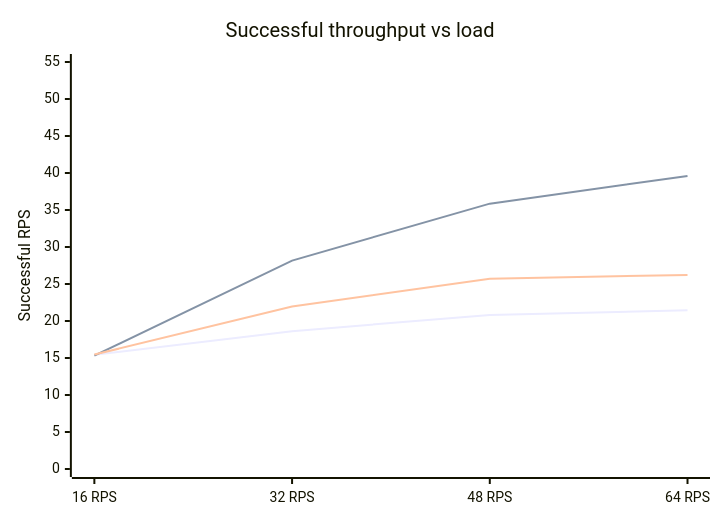
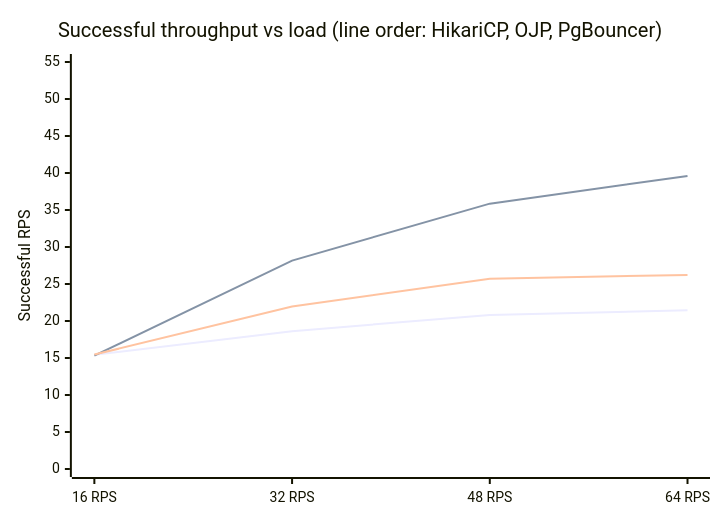
The second of 7 diagrams in article.md (rrobetti/stressum), drawn with Mermaid before and after one commit. The commit also changed other lines of this file, not shown here.

````diff
--- a/article.md
+++ b/article.md
@@ -43,9 +67,9 @@
 ```mermaid
 xychart-beta
-    title "Successful throughput vs load"
+    title "Successful throughput vs load (line order: HikariCP, OJP, PgBouncer)"
     x-axis ["16 RPS", "32 RPS", "48 RPS", "64 RPS"]
     y-axis "Successful RPS" 0 --> 55
     line [15.44, 18.63, 20.81, 21.44]
     line [15.31, 28.16, 35.86, 39.60]
     line [15.46, 21.96, 25.71, 26.23]
 ```
````
